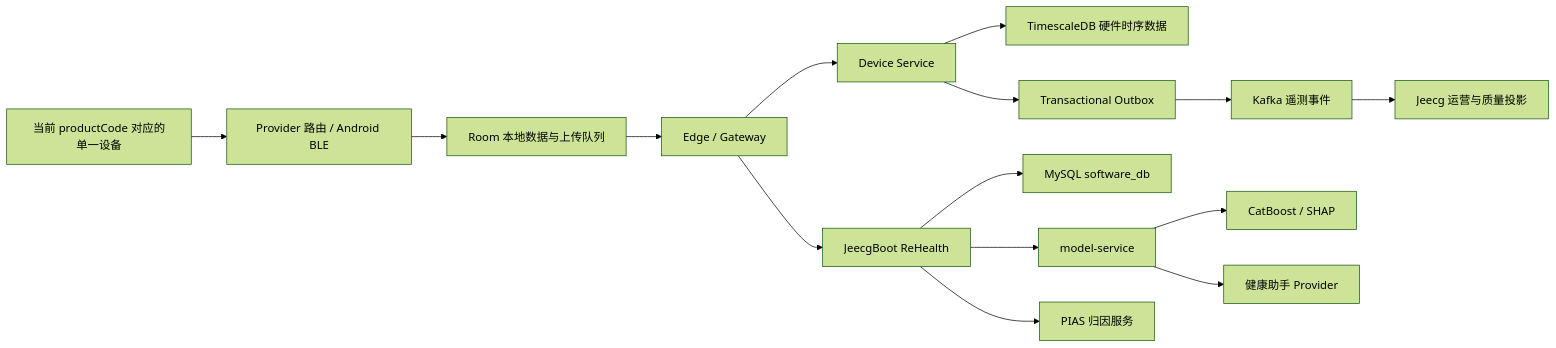
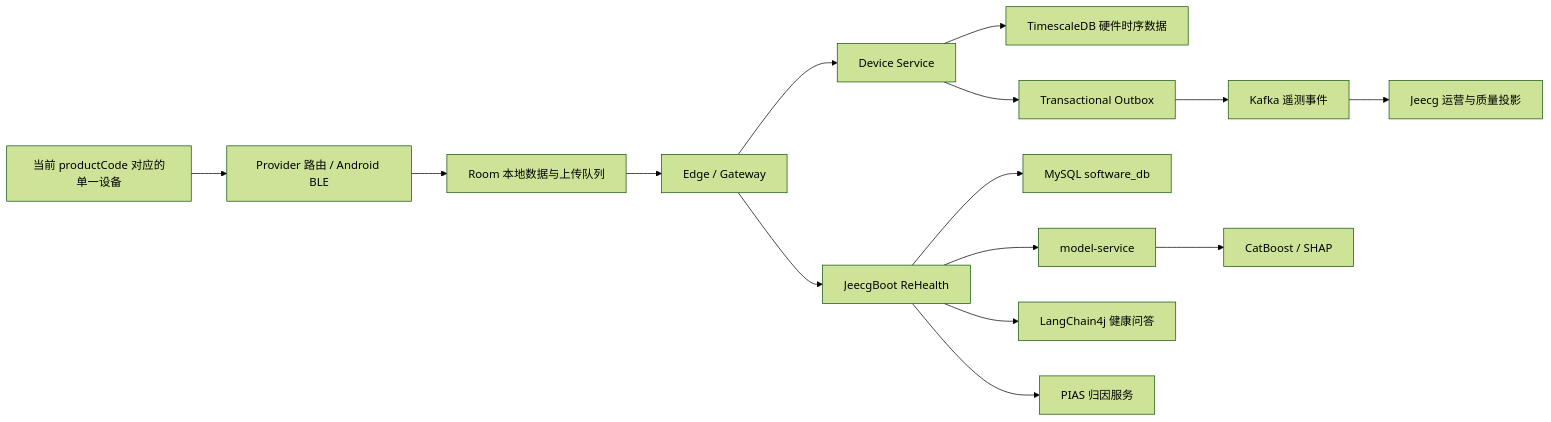
The diagram in README.md (wjmlong/rehealth_tongbu), drawn with Mermaid (forest theme) before and after one commit. The commit also changed other lines of this file and 63 other files, not shown here.

Commit message:
feat: add persistent LangChain4j health chat

````diff
--- a/README.md
+++ b/README.md
@@ -50,20 +50,20 @@
 ```mermaid
 flowchart LR
     Ring["当前 productCode 对应的单一设备"] --> Android["Provider 路由 / Android BLE"]
     Android --> Room["Room 本地数据与上传队列"]
     Room --> Edge["Edge / Gateway"]
 
     Edge --> Device["Device Service"]
     Edge --> Jeecg["JeecgBoot ReHealth"]
 
     Device --> Timescale["TimescaleDB 硬件时序数据"]
     Device --> Outbox["Transactional Outbox"]
     Outbox --> Kafka["Kafka 遥测事件"]
     Kafka --> Projection["Jeecg 运营与质量投影"]
 
     Jeecg --> SoftwareDb["MySQL software_db"]
     Jeecg --> Model["model-service"]
+    Jeecg --> Agent["LangChain4j 健康问答"]
     Model --> Risk["CatBoost / SHAP"]
-    Model --> Agent["健康助手 Provider"]
     Jeecg --> PIAS["PIAS 归因服务"]
 ```
````
